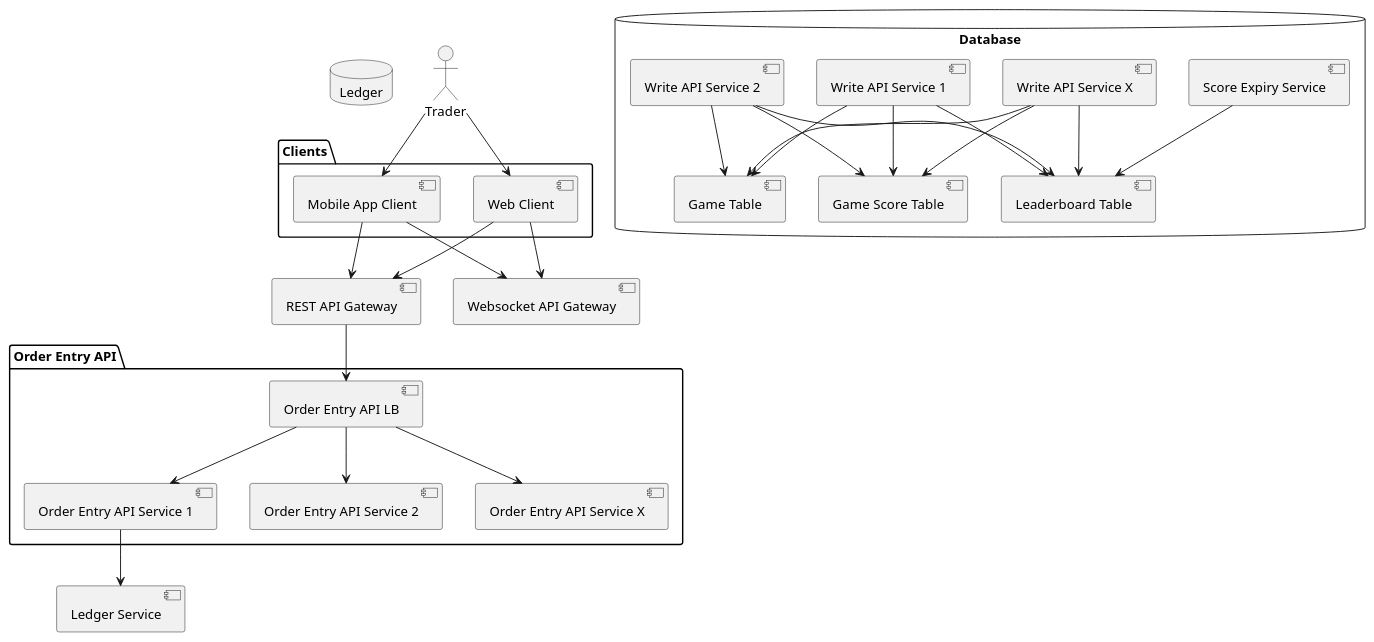
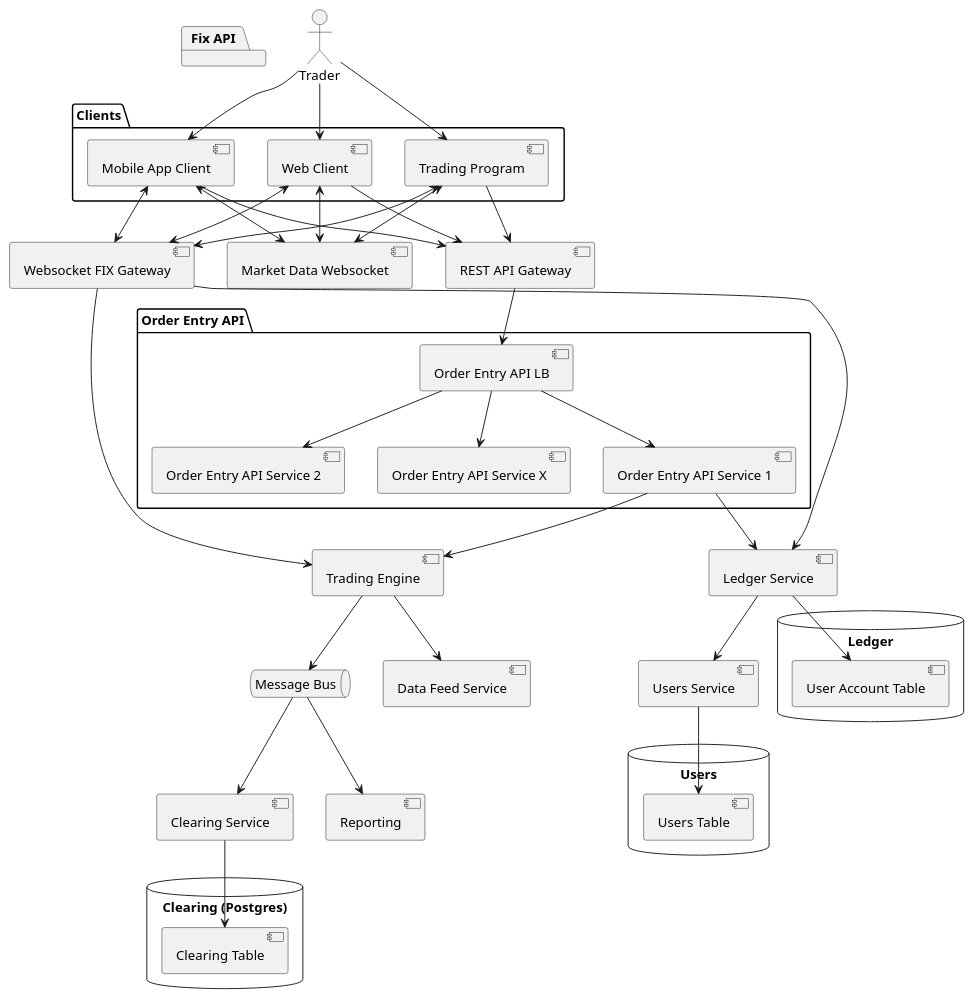
The diagram in stock_exchange/docs/diagrams/src/high_level_system.plantuml (shanebrewer/system_design_questions), drawn with PlantUML before and after one commit. The commit also changed 4 other files, not shown here.

```diff
--- a/stock_exchange/docs/diagrams/src/high_level_system.plantuml
+++ b/stock_exchange/docs/diagrams/src/high_level_system.plantuml
@@ -1,46 +1,61 @@
 @startuml Exchange System Design Architecture
 actor Trader
 top to bottom direction
 
 package "Clients" {
     Trader --> [Web Client]
     Trader --> [Mobile App Client]
+    Trader --> [Trading Program]
 }
 
 [Web Client] --> [REST API Gateway]
 [Mobile App Client] --> [REST API Gateway]
+[Trading Program] --> [REST API Gateway]
 
-[Web Client] --> [Websocket API Gateway]
-[Mobile App Client] --> [Websocket API Gateway]
+[Trading Program] <--> [Websocket FIX Gateway]
 
+[Web Client] <--> [Market Data Websocket]
+[Mobile App Client] <--> [Market Data Websocket]
+[Trading Program] <--> [Market Data Websocket]
+
+package "Fix API" {
+    [Web Client] <--> [Websocket FIX Gateway]
+    [Mobile App Client] <--> [Websocket FIX Gateway]
+}
 
 package "Order Entry API" {
     [REST API Gateway] --> [Order Entry API LB]
     [Order Entry API LB] --> [Order Entry API Service 1]
     [Order Entry API LB] --> [Order Entry API Service 2]
     [Order Entry API LB] --> [Order Entry API Service X]
 }
 
 [Order Entry API Service 1] --> [Ledger Service]
+[Order Entry API Service 1] --> [Trading Engine]
+
+[Websocket FIX Gateway] --> [Ledger Service]
+[Websocket FIX Gateway] --> [Trading Engine]
 
 database "Ledger" {
-
-    
+    [Ledger Service] --> [User Account Table]
 }
 
-database "Database" {
-    [Score Expiry Service] --> [Leaderboard Table]
+[Ledger Service] --> [Users Service]
 
-    [Write API Service 1] --> [Leaderboard Table]
-    [Write API Service 2] --> [Leaderboard Table]
-    [Write API Service X] --> [Leaderboard Table]
+database "Users" {
+    [Users Service] --> [Users Table]
+}
 
-    [Write API Service 1] --> [Game Table]
-    [Write API Service 2] --> [Game Table]
-    [Write API Service X] --> [Game Table]
+queue "Message Bus"
 
-    [Write API Service 1] --> [Game Score Table]
-    [Write API Service 2] --> [Game Score Table]
-    [Write API Service X] --> [Game Score Table]
+[Trading Engine] --> [Message Bus]
+[Trading Engine] --> [Data Feed Service]
+
+[Message Bus] --> [Reporting]
+[Message Bus] --> [Clearing Service]
+
+database "Clearing (Postgres)" {
+    [Clearing Service] --> [Clearing Table]
 }
+
 @enduml
```
